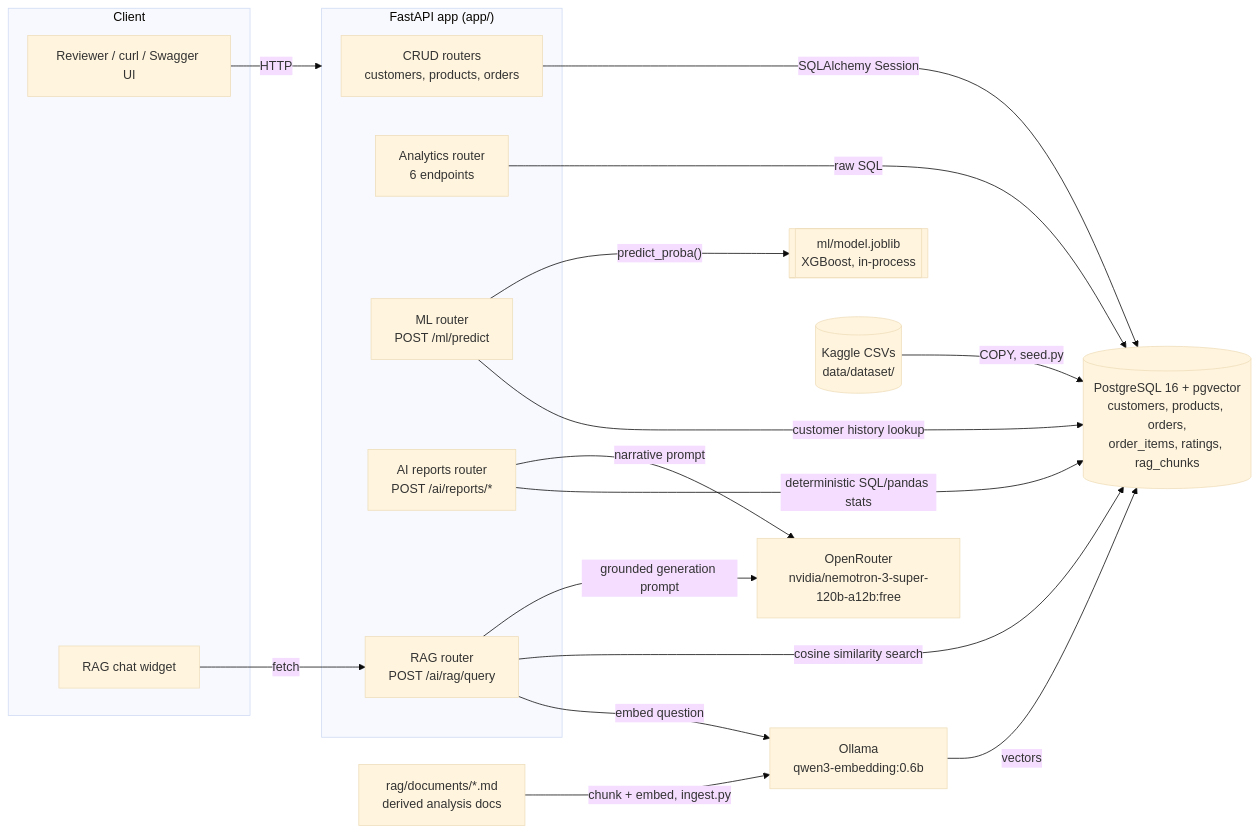
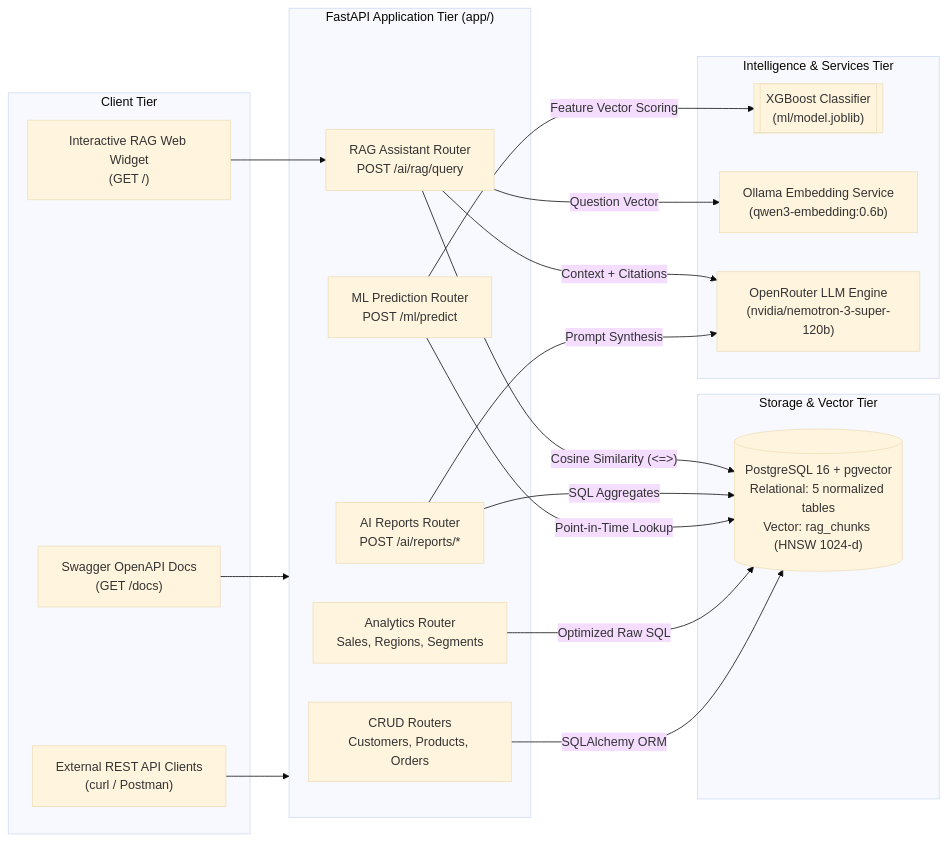
The first of 2 diagrams in README.md (ManojDevarajulu/ecommerce-sales-intelligence), drawn with Mermaid (base theme) before and after one commit. The commit also changed other lines of this file, not shown here.

````diff
--- a/README.md
+++ b/README.md
@@ -42,39 +29,40 @@
 ```mermaid
 flowchart LR
-    subgraph Client
-        U["Reviewer / curl / Swagger UI"]
-        W["RAG chat widget"]
+    subgraph Client["Client Tier"]
+        UI["Interactive RAG Web Widget\n(GET /)"]
+        SWAGGER["Swagger OpenAPI Docs\n(GET /docs)"]
+        CLIENT["External REST API Clients\n(curl / Postman)"]
     end
 
-    subgraph API["FastAPI app (app/)"]
-        CRUD["CRUD routers\ncustomers, products, orders"]
-        ANALYTICS["Analytics router\n6 endpoints"]
-        MLR["ML router\nPOST /ml/predict"]
-        REPORTS["AI reports router\nPOST /ai/reports/*"]
-        RAGR["RAG router\nPOST /ai/rag/query"]
+    subgraph API["FastAPI Application Tier (app/)"]
+        CRUD["CRUD Routers\nCustomers, Products, Orders"]
+        ANALYTICS["Analytics Router\nSales, Regions, Segments"]
+        ML_API["ML Prediction Router\nPOST /ml/predict"]
+        REPORT_API["AI Reports Router\nPOST /ai/reports/*"]
+        RAG_API["RAG Assistant Router\nPOST /ai/rag/query"]
     end
 
-    PG[("PostgreSQL 16 + pgvector\ncustomers, products, orders,\norder_items, ratings, rag_chunks")]
-    MODEL[["ml/model.joblib\nXGBoost, in-process"]]
-    OLLAMA["Ollama\nqwen3-embedding:0.6b"]
-    OR["OpenRouter\nnvidia/nemotron-3-super-120b-a12b:free"]
-    CSV[("Kaggle CSVs\ndata/dataset/")]
-    DOCS["rag/documents/*.md\nderived analysis docs"]
+    subgraph Storage["Storage & Vector Tier"]
+        PG[("PostgreSQL 16 + pgvector\nRelational: 5 normalized tables\nVector: rag_chunks (HNSW 1024-d)")]
+    end
 
-    CSV -->|"COPY, seed.py"| PG
-    DOCS -->|"chunk + embed, ingest.py"| OLLAMA
-    OLLAMA -->|vectors| PG
+    subgraph Intelligence["Intelligence & Services Tier"]
+        XGB[["XGBoost Classifier\n(ml/model.joblib)"]]
+        OLLAMA["Ollama Embedding Service\n(qwen3-embedding:0.6b)"]
+        LLM["OpenRouter LLM Engine\n(nvidia/nemotron-3-super-120b)"]
+    end
 
-    U -->|HTTP| API
-    W -->|fetch| RAGR
+    CLIENT --> API
+    UI --> RAG_API
+    SWAGGER --> API
 
-    CRUD -->|"SQLAlchemy Session"| PG
-    ANALYTICS -->|"raw SQL"| PG
-    MLR -->|"customer history lookup"| PG
-    MLR -->|"predict_proba()"| MODEL
-    REPORTS -->|"deterministic SQL/pandas stats"| PG
-    REPORTS -->|"narrative prompt"| OR
-    RAGR -->|"embed question"| OLLAMA
-    RAGR -->|"cosine similarity search"| PG
-    RAGR -->|"grounded generation prompt"| OR
+    CRUD -->|"SQLAlchemy ORM"| PG
+    ANALYTICS -->|"Optimized Raw SQL"| PG
+    ML_API -->|"Point-in-Time Lookup"| PG
+    ML_API -->|"Feature Vector Scoring"| XGB
+    REPORT_API -->|"SQL Aggregates"| PG
+    REPORT_API -->|"Prompt Synthesis"| LLM
+    RAG_API -->|"Question Vector"| OLLAMA
+    RAG_API -->|"Cosine Similarity (<=>)"| PG
+    RAG_API -->|"Context + Citations"| LLM
 ```
````
